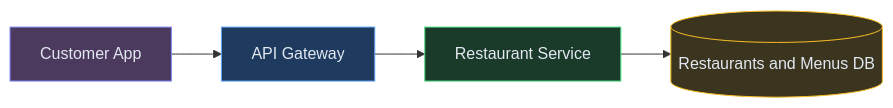
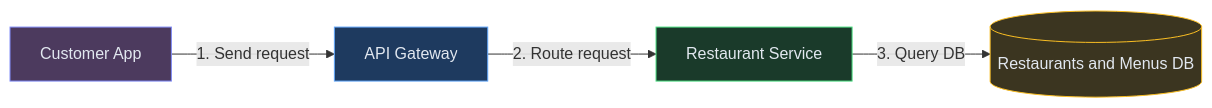
The second of 12 diagrams in content/hld/Zomato.md (iluzn/HLD-Designs), drawn with Mermaid before and after one commit. The commit also changed other lines of this file and 27 other files, not shown here.

````diff
--- a/content/hld/Zomato.md
+++ b/content/hld/Zomato.md
@@ -158,16 +158,16 @@
 ```mermaid
 flowchart LR
     CUST["Customer App"]:::client
     GW["API Gateway"]:::edge
     RESTSVC["Restaurant Service"]:::service
     DB[("Restaurants and Menus DB")]:::data
 
-    CUST --> GW
-    GW --> RESTSVC
-    RESTSVC --> DB
+    CUST -->|"1. Send request"| GW
+    GW -->|"2. Route request"| RESTSVC
+    RESTSVC -->|"3. Query DB"| DB
 
     classDef client fill:#4c3a5e,stroke:#818cf8,color:#e2e8f0
     classDef edge fill:#1e3a5f,stroke:#60a5fa,color:#e2e8f0
     classDef service fill:#1a3a2a,stroke:#4ade80,color:#e2e8f0
     classDef data fill:#3b3520,stroke:#fbbf24,color:#e2e8f0
 ```
````
